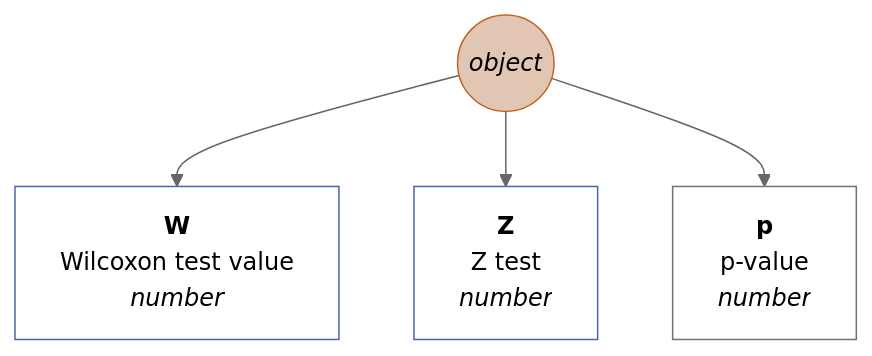
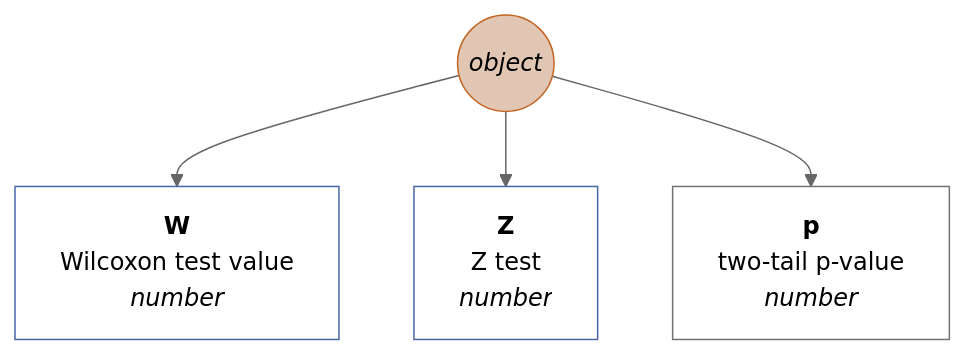
Diagram 40 of 45 in docs/en-GB.md (muzikp/retusa), drawn with Mermaid (neutral theme) before and after one commit. The commit also changed other lines of this file and 4 other files, not shown here.

````diff
--- a/docs/en-GB.md
+++ b/docs/en-GB.md
@@ -1608,16 +1608,16 @@
 ```mermaid
 graph TD
 wcxind((<i>object</i>))
 style wcxind fill:#E1C6B3;
 style wcxind stroke:#C36422;
 wcxind --> W[<b>W</b><br>Wilcoxon test value <br><i>number</i>]
 style W fill:#FFFFFF;
 style W stroke:#4967A4;
 wcxind --> Z[<b>Z</b><br>Z test <br><i>number</i>]
 style Z fill:#FFFFFF;
 style Z stroke:#4967A4;
-wcxind --> p[<b>p</b><br>p-value <br><i>number</i>]
+wcxind --> p[<b>p</b><br>two-tail p-value <br><i>number</i>]
 style p fill:#FFFFFF;
 style p stroke:#75716F;
 
 ```
````
